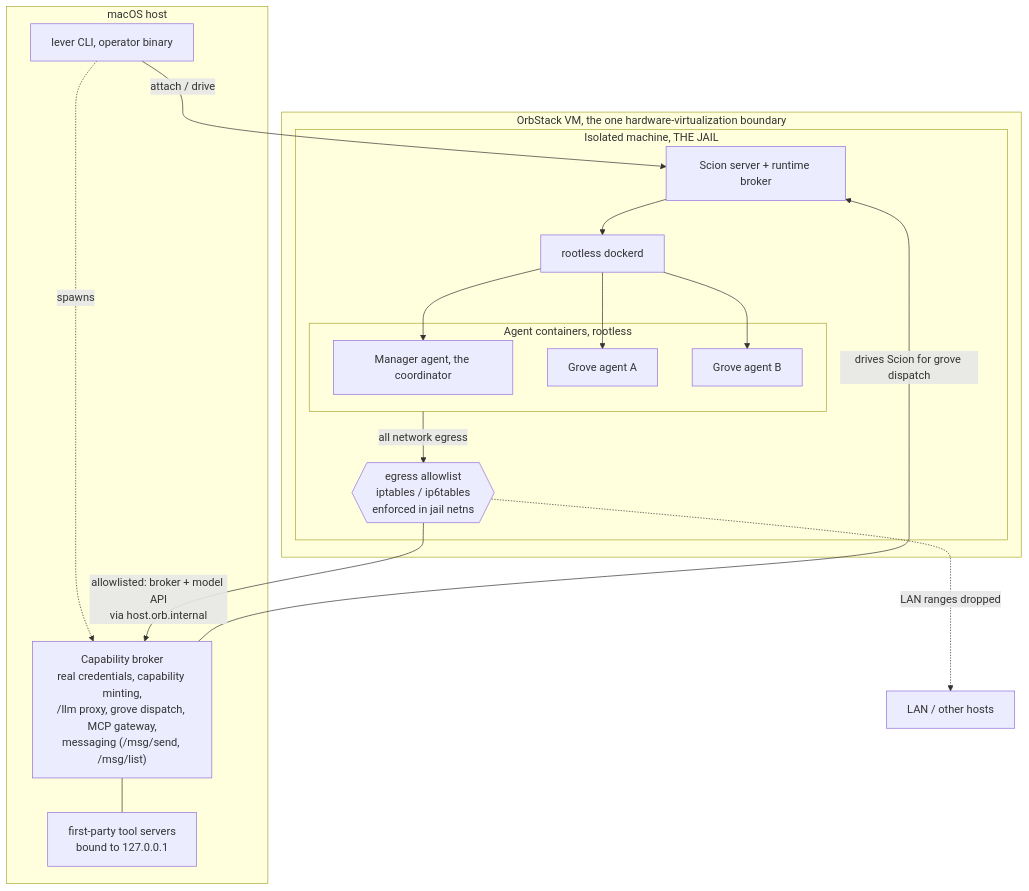
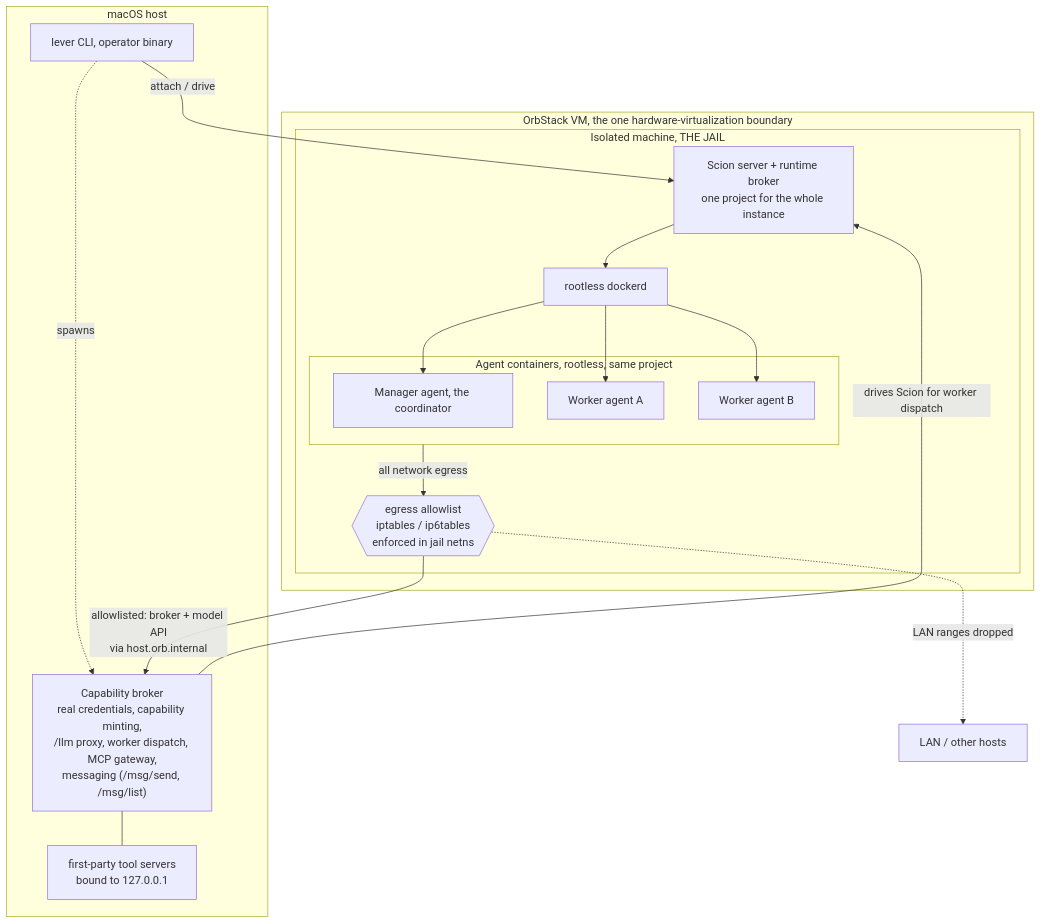
The first of 3 diagrams in docs-site/_guides/architecture.md (stevegeek/lever), drawn with Mermaid before and after one commit. The commit also changed other lines of this file and 1 other file, not shown here.

First line of the commit message:
docs(site): architecture + security-model → single-project model + controller-PAT/dev-auth-off

````diff
--- a/docs-site/_guides/architecture.md
+++ b/docs-site/_guides/architecture.md
@@ -26,31 +26,31 @@
 ```mermaid
 graph TD
     subgraph host[macOS host]
         L[lever CLI, operator binary]
-        BK["Capability broker<br/>real credentials, capability minting,<br/>/llm proxy, grove dispatch, MCP gateway,<br/>messaging (/msg/send, /msg/list)"]
+        BK["Capability broker<br/>real credentials, capability minting,<br/>/llm proxy, worker dispatch, MCP gateway,<br/>messaging (/msg/send, /msg/list)"]
         MCP[first-party tool servers<br/>bound to 127.0.0.1]
     end
     subgraph vm[OrbStack VM, the one hardware-virtualization boundary]
         subgraph jail[Isolated machine, THE JAIL]
-            SS[Scion server + runtime broker]
+            SS["Scion server + runtime broker<br/>one project for the whole instance"]
             RD[rootless dockerd]
             FW{{egress allowlist<br/>iptables / ip6tables<br/>enforced in jail netns}}
-            subgraph agents[Agent containers, rootless]
+            subgraph agents[Agent containers, rootless, same project]
                 MGR[Manager agent, the coordinator]
-                GA[Grove agent A]
-                GB[Grove agent B]
+                WA[Worker agent A]
+                WB[Worker agent B]
             end
         end
     end
     L -->|attach / drive| SS
     L -.->|spawns| BK
     SS --> RD
     RD --> MGR
-    RD --> GA
-    RD --> GB
+    RD --> WA
+    RD --> WB
     BK --- MCP
-    BK -->|drives Scion for grove dispatch| SS
+    BK -->|drives Scion for worker dispatch| SS
     agents -->|all network egress| FW
     FW -->|"allowlisted: broker + model API<br/>via host.orb.internal"| BK
     FW -.->|LAN ranges dropped| LAN[LAN / other hosts]
 ```
````
